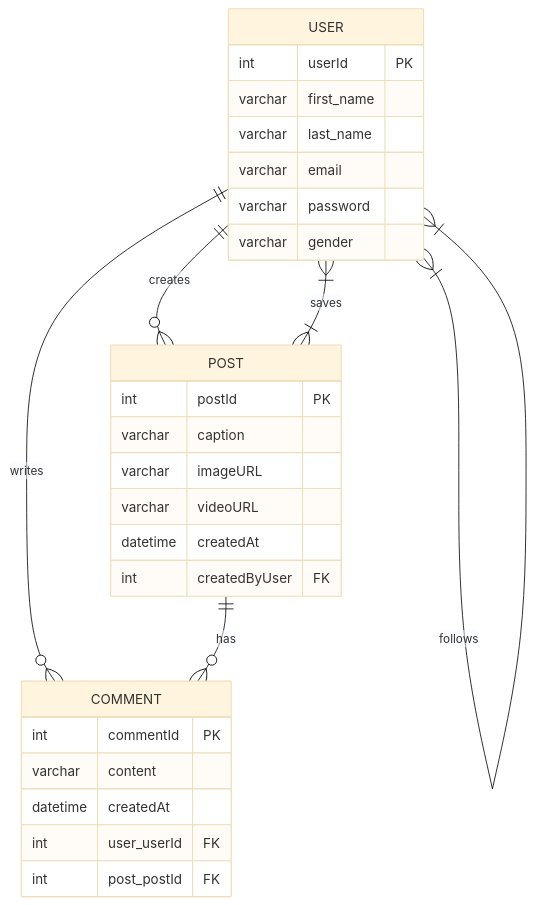
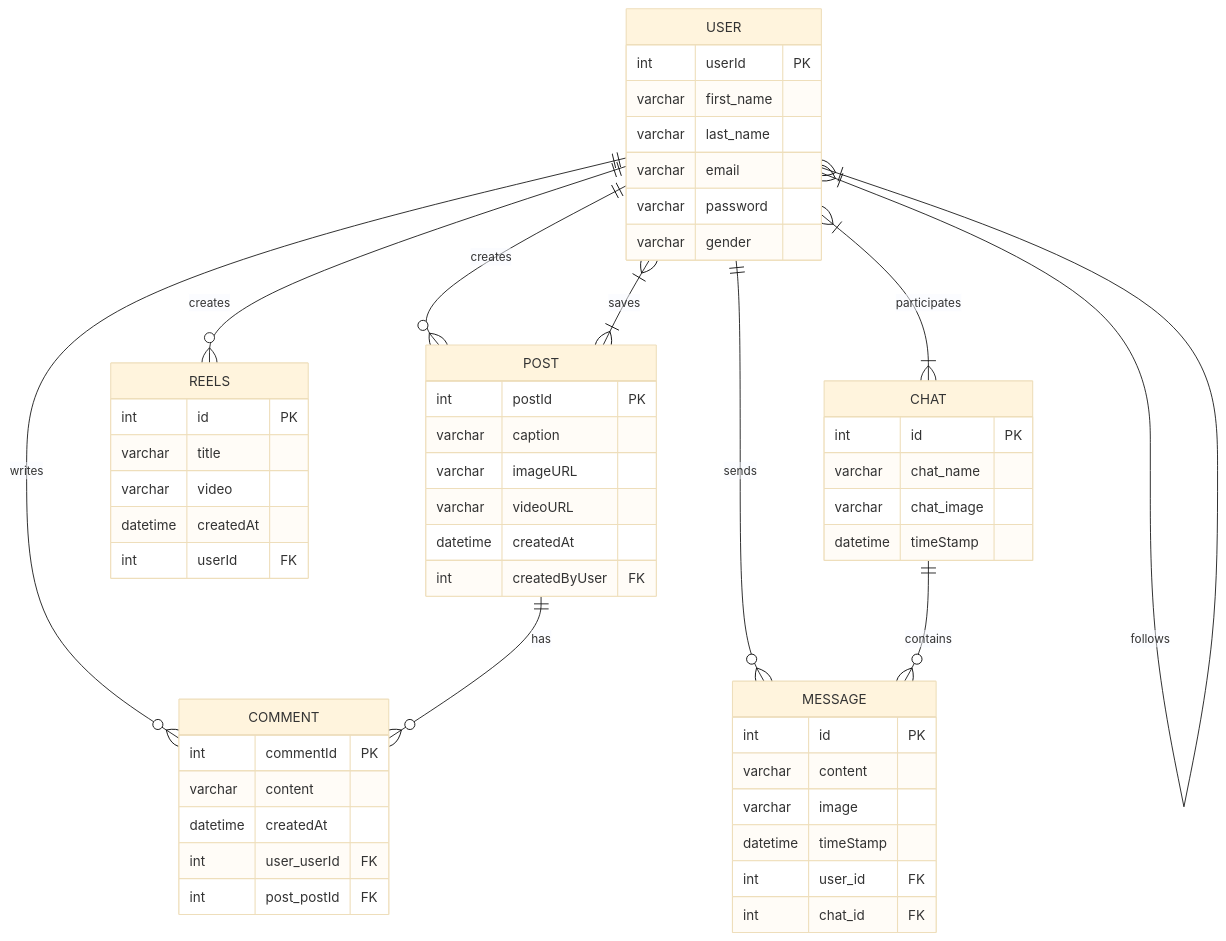
The diagram in README.md (dark7462/Nexus), drawn with Mermaid (base theme) before and after one commit. The commit also changed other lines of this file, not shown here.

````diff
--- a/README.md
+++ b/README.md
@@ -67,34 +82,62 @@
 ```mermaid
 erDiagram
     USER ||--o{ POST : creates
     USER ||--o{ COMMENT : writes
+    USER ||--o{ REELS : creates
+    USER }|--|{ CHAT : participates
+    USER ||--o{ MESSAGE : sends
     POST ||--o{ COMMENT : has
+    CHAT ||--o{ MESSAGE : contains
     USER }|--|{ POST : saves
     USER }|--|{ USER : follows
 
     USER {
         int userId PK
         varchar first_name
         varchar last_name
         varchar email
         varchar password
         varchar gender
     }
 
     POST {
         int postId PK
         varchar caption
         varchar imageURL
         varchar videoURL
         datetime createdAt
         int createdByUser FK
     }
 
     COMMENT {
         int commentId PK
         varchar content
         datetime createdAt
         int user_userId FK
         int post_postId FK
     }
+
+    REELS {
+        int id PK
+        varchar title
+        varchar video
+        datetime createdAt
+        int userId FK
+    }
+
+    CHAT {
+        int id PK
+        varchar chat_name
+        varchar chat_image
+        datetime timeStamp
+    }
+
+    MESSAGE {
+        int id PK
+        varchar content
+        varchar image
+        datetime timeStamp
+        int user_id FK
+        int chat_id FK
+    }
 ```
````
